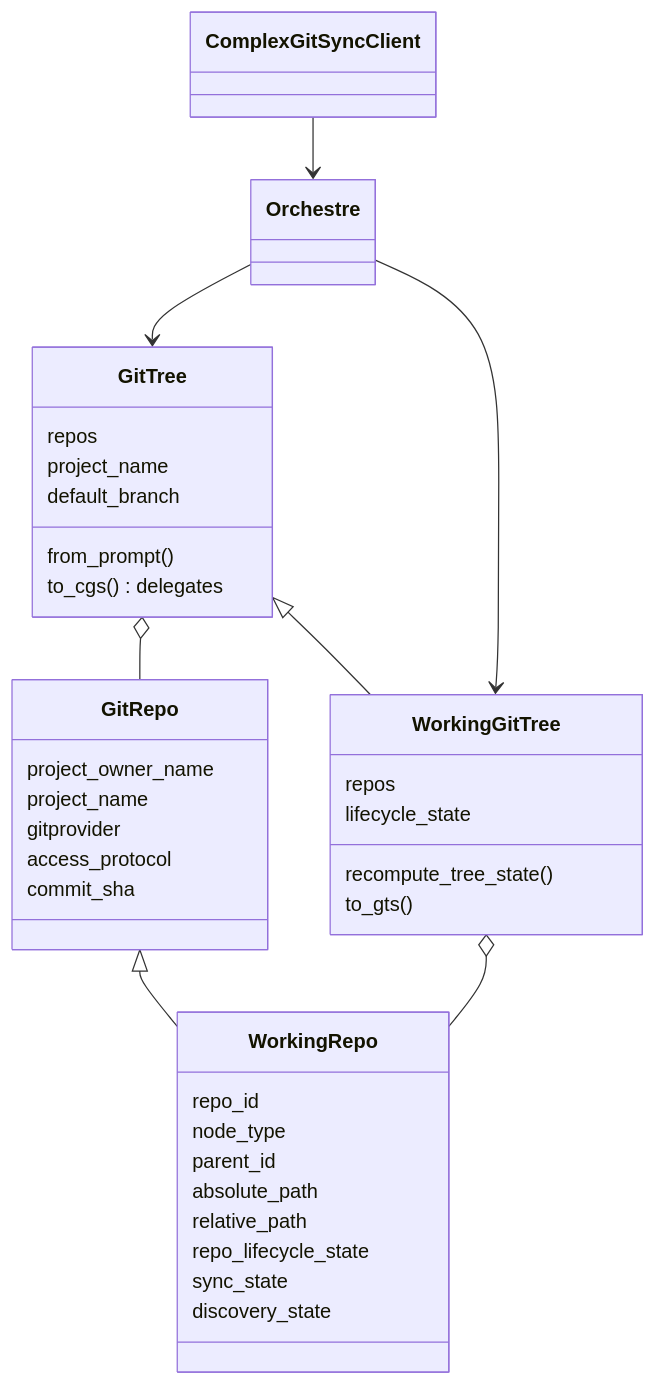
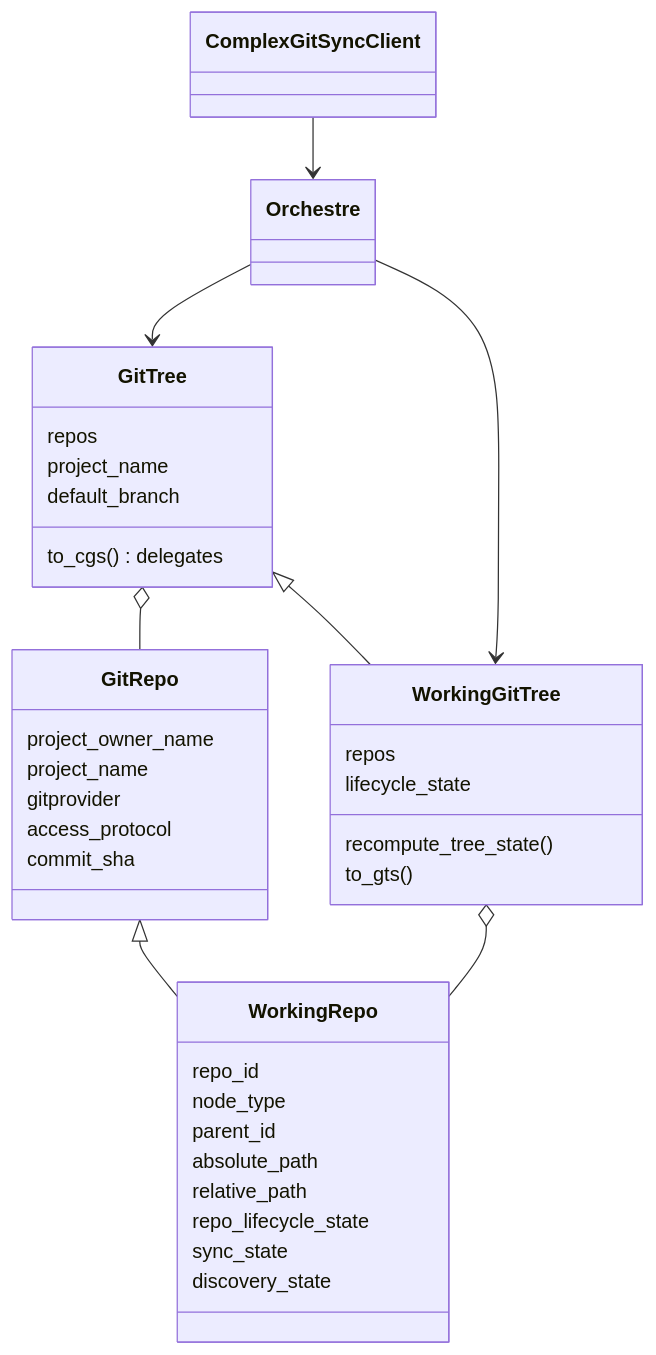
One commit to flipoyo/ComplexGitSync changed the first of 2 diagrams in docs/architecture.md. Above: the diagram before and after it, drawn with Mermaid. The commit also changed other lines of this file and 26 other files, not shown here.

````diff
--- a/docs/architecture.md
+++ b/docs/architecture.md
@@ -7,44 +7,43 @@
 ```mermaid
 classDiagram
     GitRepo <|-- WorkingRepo
     GitTree <|-- WorkingGitTree
     GitTree o-- GitRepo
     WorkingGitTree o-- WorkingRepo
     Orchestre --> GitTree
     Orchestre --> WorkingGitTree
     ComplexGitSyncClient --> Orchestre
 
     class GitRepo {
         project_owner_name
         project_name
         gitprovider
         access_protocol
         commit_sha
     }
 
     class WorkingRepo {
         repo_id
         node_type
         parent_id
         absolute_path
         relative_path
         repo_lifecycle_state
         sync_state
         discovery_state
     }
 
     class GitTree {
         repos
         project_name
         default_branch
-        from_prompt()
         to_cgs() delegates
     }
 
     class WorkingGitTree {
         repos
         lifecycle_state
         recompute_tree_state()
         to_gts()
     }
 ```
````
